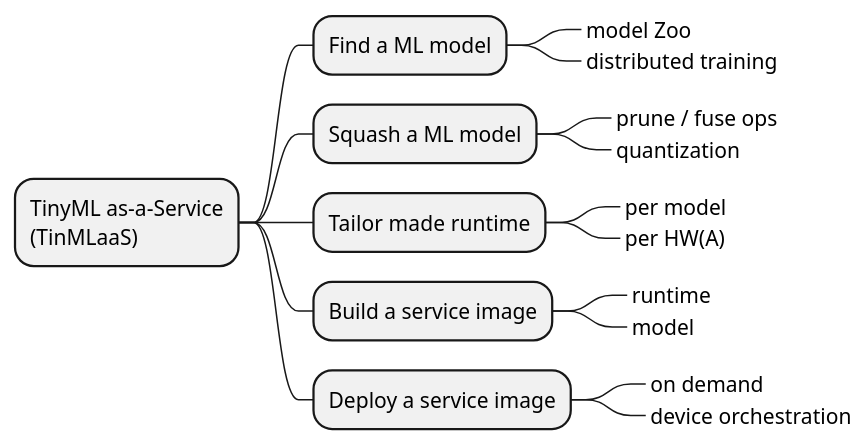
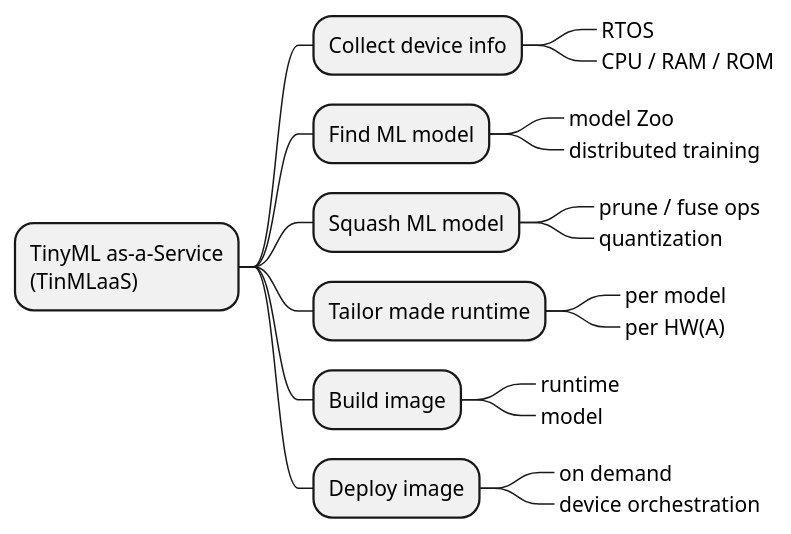
The diagram in summary-proposal.puml (doyu/elc2019), drawn with PlantUML before and after one commit.

Commit message:
add collect in solution

```diff
--- a/summary-proposal.puml
+++ b/summary-proposal.puml
@@ -1,18 +1,21 @@
 @startmindmap
 * TinyML as-a-Service\n(TinMLaaS)
-** Find a ML model
+** Collect device info
+***_ RTOS
+***_ CPU / RAM / ROM
+** Find ML model
 ***_ model Zoo
 ***_ distributed training
-** Squash a ML model
+** Squash ML model
 ***_ prune / fuse ops
 ***_ quantization
 ** Tailor made runtime
 ***_ per model
 ***_ per HW(A)
-** Build a service image
+** Build image
 ***_ runtime
 ***_ model
-** Deploy a service image
+** Deploy image
 ***_ on demand
 ***_ device orchestration
 @endmindmap
```
